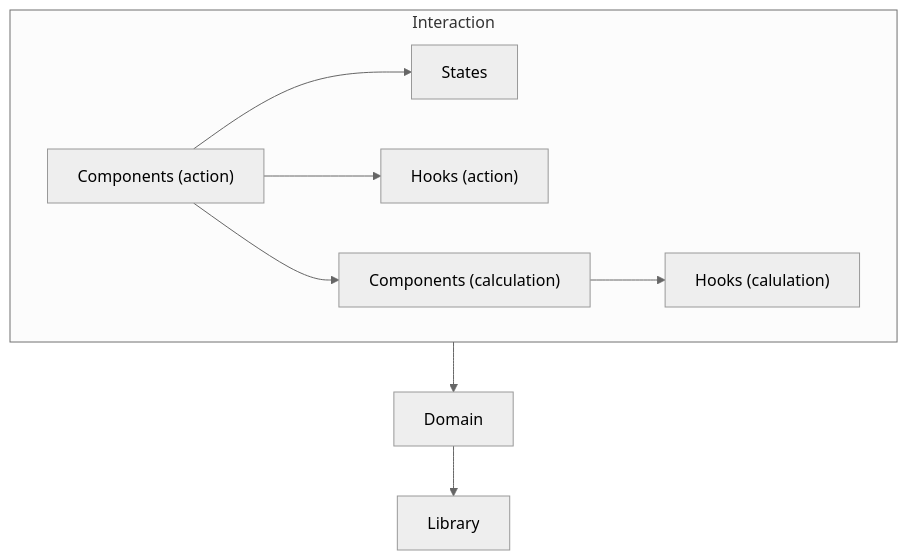
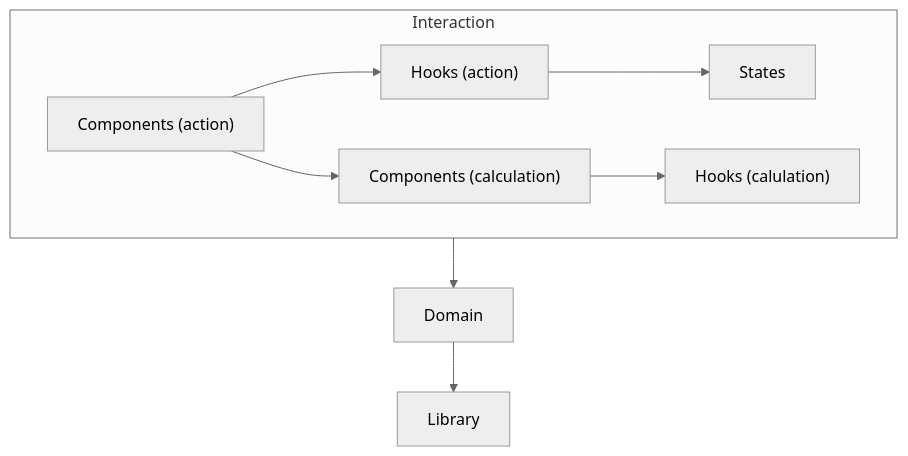
Before and after one commit to anisotropy/react-with-onion-architecture: the diagram in README.md, drawn with Mermaid (neutral theme). The commit also changed other lines of this file, not shown here.

````diff
--- a/README.md
+++ b/README.md
@@ -38,10 +40,10 @@
 ```mermaid
 flowchart TD
 	subgraph Interaction
-		CA["Components (action)"] --> S[States]
-		CA --> HA["Hooks (action)"]
+		CA["Components (action)"]
+		CA --> HA["Hooks (action)"] --> S[States]
 		CA --> CC["Components (calculation)"] --> HC["Hooks (calulation)"]
 	end
 	Interaction --> D[Domain]
 	D --> L[Library]
 ```
````
